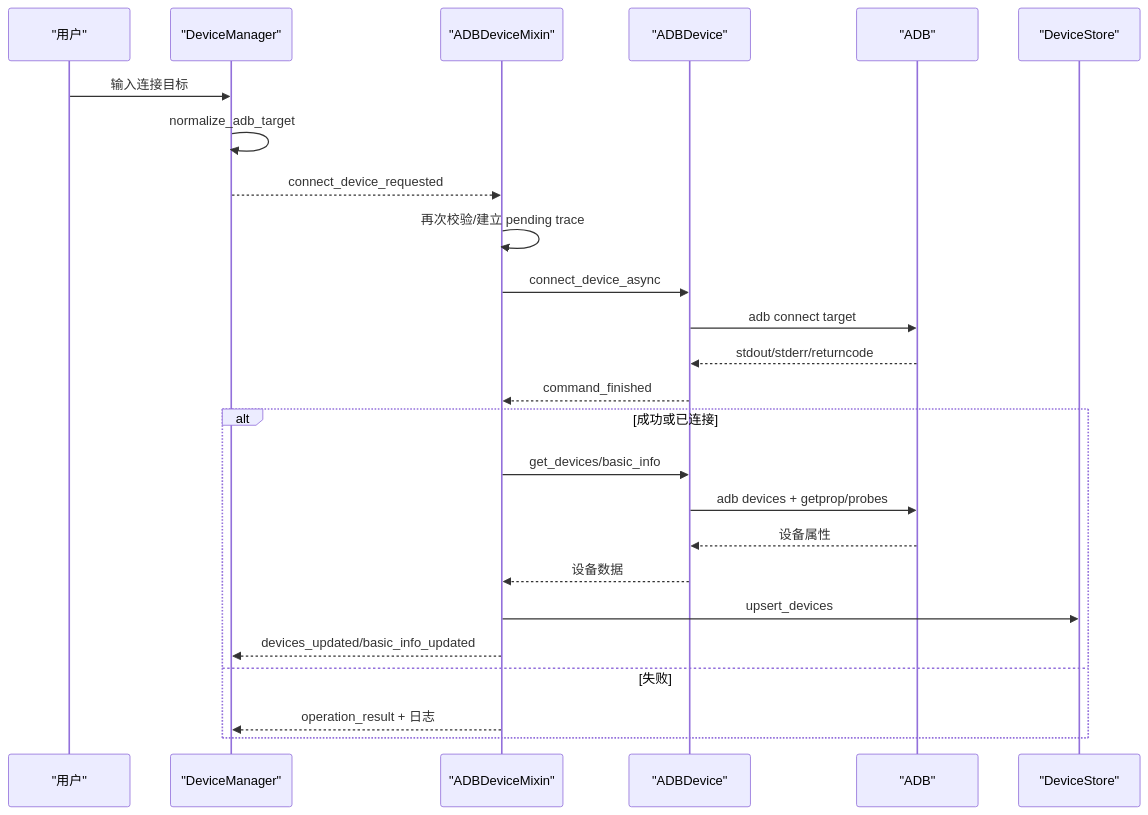
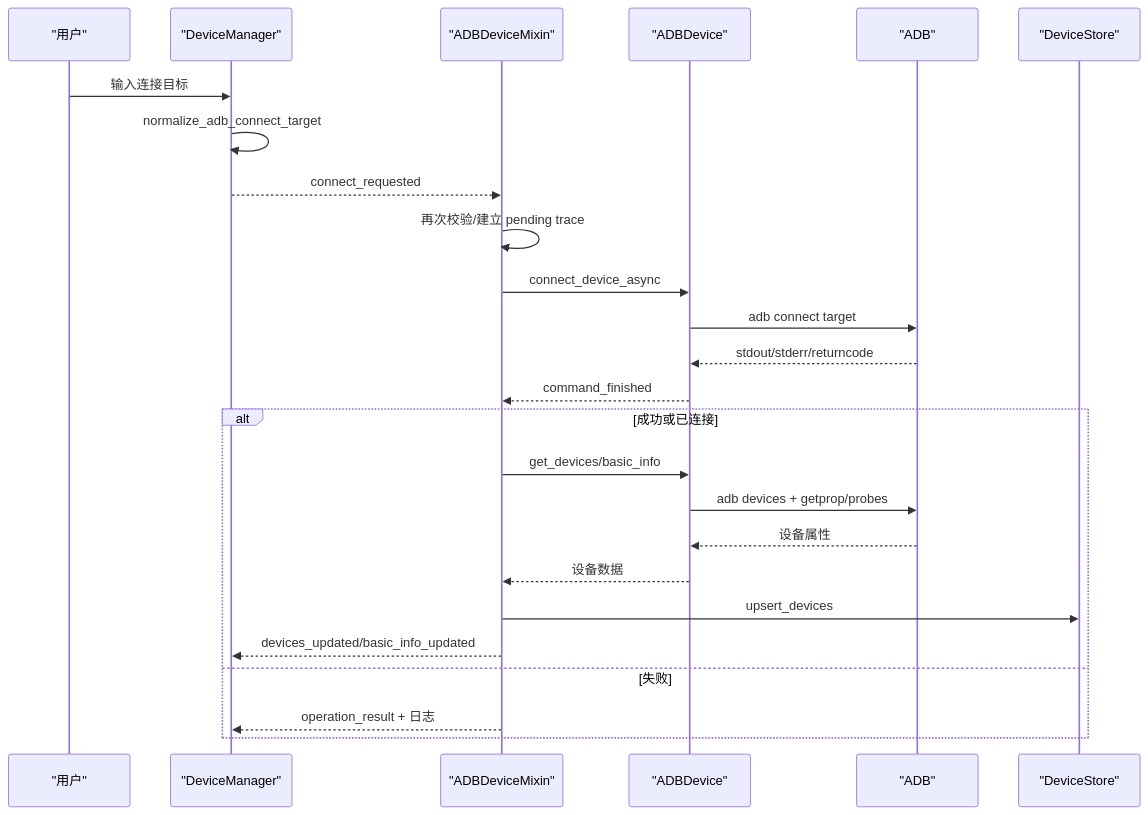
Before and after one commit to BlackHu-art/ADBLab: the third of 6 diagrams in docs/project-knowledge/BUSINESS_FLOW.md, drawn with Mermaid. The commit also changed other lines of this file and 8 other files, not shown here.

````diff
--- a/docs/project-knowledge/BUSINESS_FLOW.md
+++ b/docs/project-knowledge/BUSINESS_FLOW.md
@@ -75,28 +75,28 @@
 ```mermaid
 sequenceDiagram
     participant U as "用户"
     participant DM as "DeviceManager"
     participant C as "ADBDeviceMixin"
     participant M as "ADBDevice"
     participant A as "ADB"
     participant S as "DeviceStore"
 
     U->>DM: 输入连接目标
-    DM->>DM: normalize_adb_target
-    DM-->>C: connect_device_requested
+    DM->>DM: normalize_adb_connect_target
+    DM-->>C: connect_requested
     C->>C: 再次校验/建立 pending trace
     C->>M: connect_device_async
     M->>A: adb connect target
     A-->>M: stdout/stderr/returncode
     M-->>C: command_finished
     alt 成功或已连接
         C->>M: get_devices/basic_info
         M->>A: adb devices + getprop/probes
         A-->>M: 设备属性
         M-->>C: 设备数据
         C->>S: upsert_devices
         C-->>DM: devices_updated/basic_info_updated
     else 失败
         C-->>DM: operation_result + 日志
     end
 ```
````
